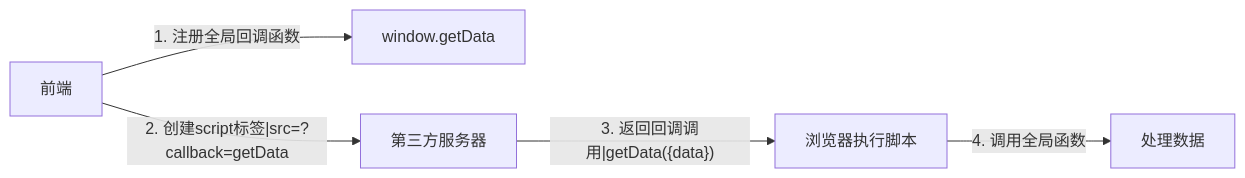
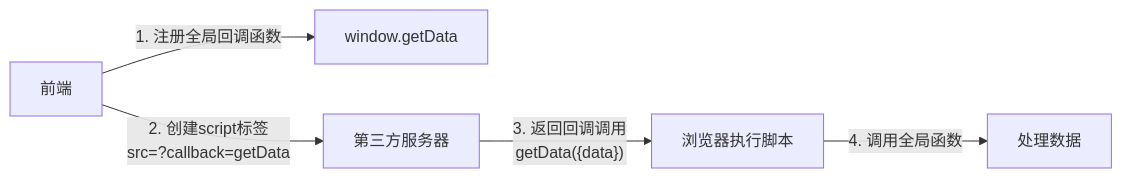
Before and after one commit to before80/prgms: diagram 14 of 31 in content/Js/basic/Chapter-38-web-security.md, drawn with Mermaid. The commit also changed other lines of this file and 1645 other files, not shown here.

````diff
--- a/content/Js/basic/Chapter-38-web-security.md
+++ b/content/Js/basic/Chapter-38-web-security.md
@@ -1234,7 +1234,7 @@
 ```mermaid
 graph LR
     A["前端"] -->|"1. 注册全局回调函数"| B["window.getData"]
-    A -->|"2. 创建script标签|src=?callback=getData"| C["第三方服务器"]
-    C -->|"3. 返回回调调用|getData({data})"| D["浏览器执行脚本"]
+    A -->|"2. 创建script标签<br/>src=?callback=getData"| C["第三方服务器"]
+    C -->|"3. 返回回调调用<br/>getData({data})"| D["浏览器执行脚本"]
     D -->|"4. 调用全局函数"| E["处理数据"]
 ```
````
